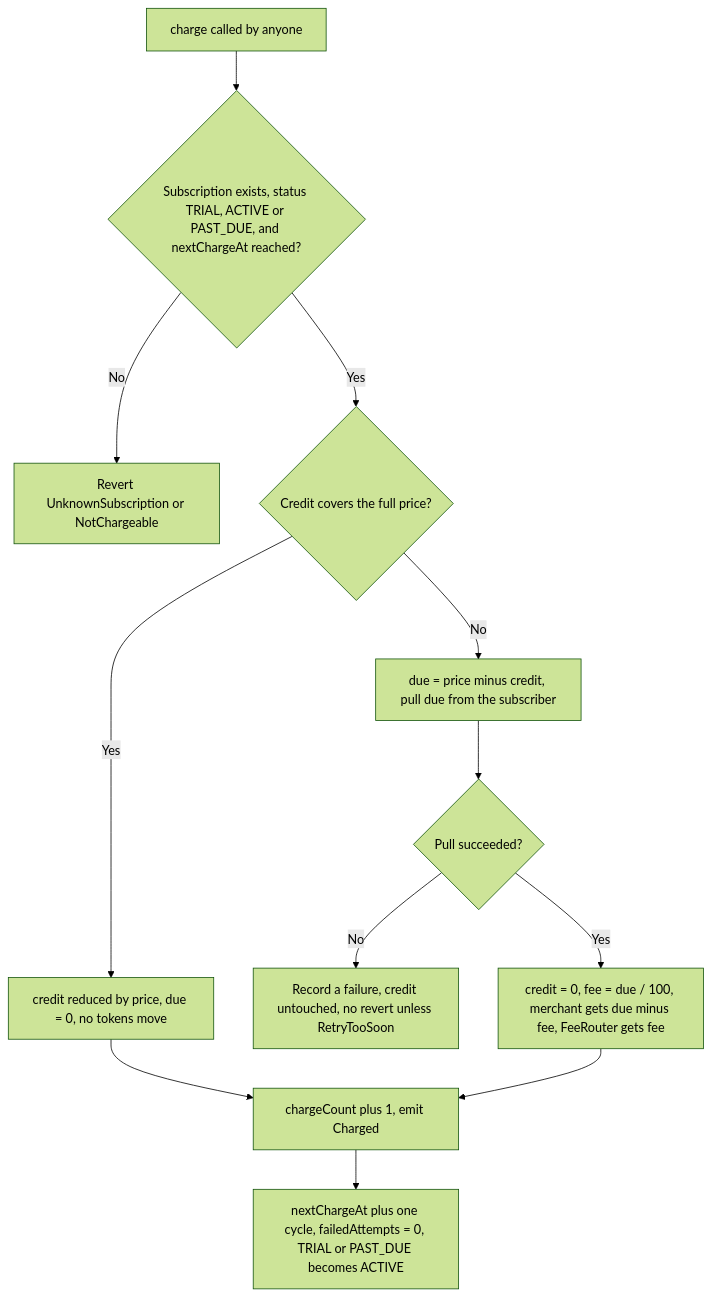
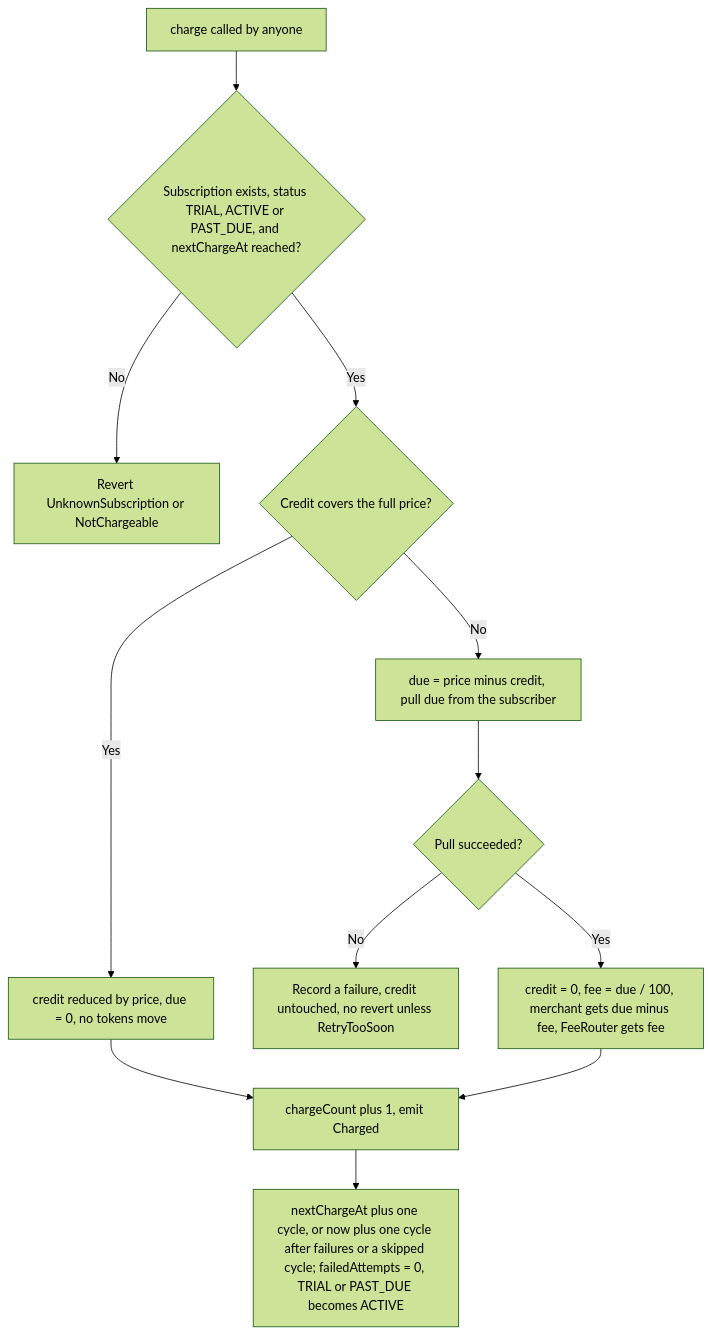
Before and after one commit to RunTimeAdmin/levy: the first of 2 diagrams in docs/wiki/Charging-and-Fees.md, drawn with Mermaid (forest theme). The commit also changed other lines of this file and 46 other files, not shown here.

````diff
--- a/docs/wiki/Charging-and-Fees.md
+++ b/docs/wiki/Charging-and-Fees.md
@@ -11,14 +11,14 @@
 ```mermaid
 flowchart TD
     A["charge called by anyone"] --> B{"Subscription exists, status TRIAL, ACTIVE or PAST_DUE, and nextChargeAt reached?"}
     B -->|"No"| C["Revert UnknownSubscription or NotChargeable"]
     B -->|"Yes"| D{"Credit covers the full price?"}
     D -->|"Yes"| E["credit reduced by price, due = 0, no tokens move"]
     D -->|"No"| F["due = price minus credit, pull due from the subscriber"]
     F --> G{"Pull succeeded?"}
     G -->|"No"| H["Record a failure, credit untouched, no revert unless RetryTooSoon"]
     G -->|"Yes"| I["credit = 0, fee = due / 100, merchant gets due minus fee, FeeRouter gets fee"]
     E --> J["chargeCount plus 1, emit Charged"]
     I --> J
-    J --> K["nextChargeAt plus one cycle, failedAttempts = 0, TRIAL or PAST_DUE becomes ACTIVE"]
+    J --> K["nextChargeAt plus one cycle, or now plus one cycle after failures or a skipped cycle; failedAttempts = 0, TRIAL or PAST_DUE becomes ACTIVE"]
 ```
````
